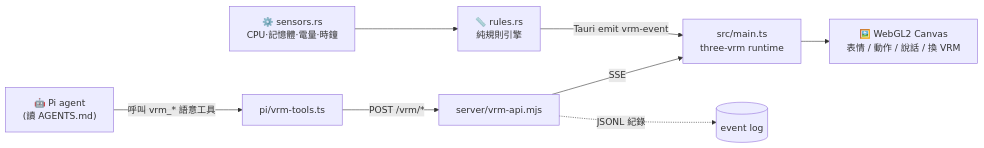
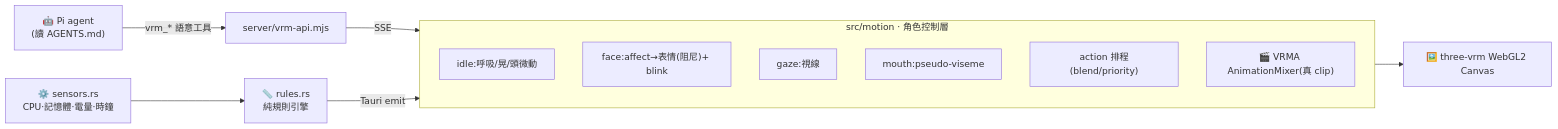
One commit to moregatest/vrm-pi-three-vrm-goal-target changed the diagram in README.md. Above: the diagram before and after it, drawn with Mermaid. The commit also changed other lines of this file and 20 other files, not shown here.

First line of the commit message:
Add continuous character control layer + VRMA performance clip layer

````diff
--- a/README.md
+++ b/README.md
@@ -52,12 +60,19 @@
 ```mermaid
 flowchart LR
-    PI["🤖 Pi agent<br/>(讀 AGENTS.md)"] -->|"呼叫 vrm_* 語意工具"| TOOLS["pi/vrm-tools.ts"]
-    TOOLS -->|"POST /vrm/*"| API["server/vrm-api.mjs"]
-    API -->|"SSE"| FE["src/main.ts<br/>three-vrm runtime"]
-    API -.->|"JSONL 紀錄"| LOG[("event log")]
+    PI["🤖 Pi agent<br/>(讀 AGENTS.md)"] -->|"vrm_* 語意工具"| API["server/vrm-api.mjs"]
+    API -->|"SSE"| MC
+    SENS["⚙️ sensors.rs<br/>CPU·記憶體·電量·時鐘"] --> RULES["📏 rules.rs<br/>純規則引擎"]
+    RULES -->|"Tauri emit"| MC
 
-    SENS["⚙️ sensors.rs<br/>CPU·記憶體·電量·時鐘"] --> RULES["📏 rules.rs<br/>純規則引擎"]
-    RULES -->|"Tauri emit vrm-event"| FE
+    subgraph MC["src/motion · 角色控制層"]
+      direction TB
+      L1["idle:呼吸/晃/頭微動"]
+      L2["face:affect→表情(阻尼)+ blink"]
+      L3["gaze:視線"]
+      L4["mouth:pseudo-viseme"]
+      L5["action 排程(blend/priority)"]
+      L6["🎬 VRMA AnimationMixer(真 clip)"]
+    end
 
-    FE --> CANVAS["🖼️ WebGL2 Canvas<br/>表情 / 動作 / 說話 / 換 VRM"]
+    MC --> CANVAS["🖼️ three-vrm WebGL2 Canvas"]
 ```
````
